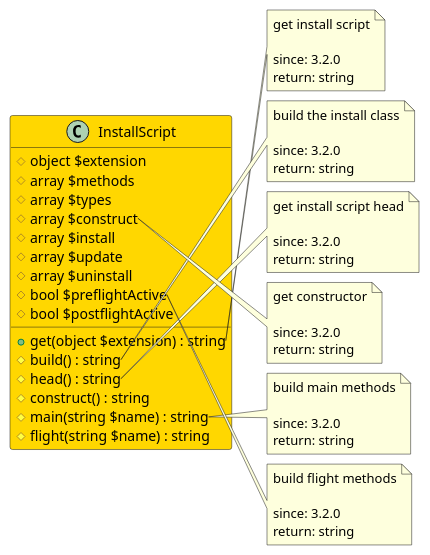
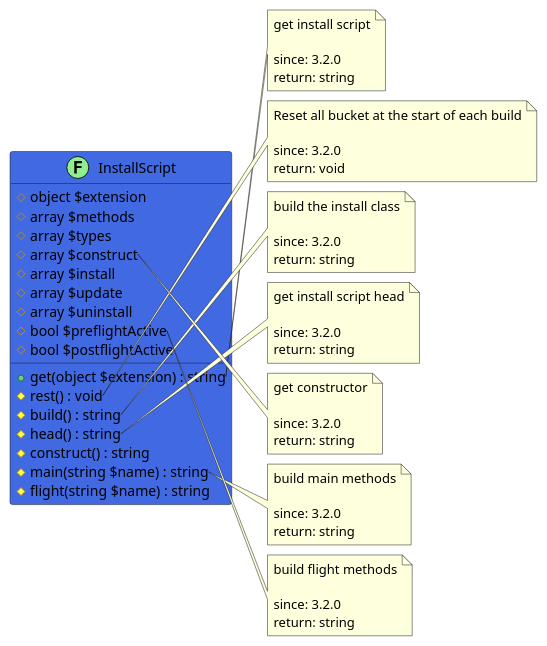
One commit to joomengine/jcb-compiler changed the diagram in src/1d929017-a5de-4e0f-9b5a-838934857e26/README.md. Above: the diagram before and after it, drawn with PlantUML. The commit also changed other lines of this file and 232 other files, not shown here.

````diff
--- a/src/1d929017-a5de-4e0f-9b5a-838934857e26/README.md
+++ b/src/1d929017-a5de-4e0f-9b5a-838934857e26/README.md
@@ -11,64 +11,72 @@
 ```uml
 @startuml
-class InstallScript  #Gold {
+class InstallScript << (F,LightGreen) >> #RoyalBlue {
   # object $extension
   # array $methods
   # array $types
   # array $construct
   # array $install
   # array $update
   # array $uninstall
   # bool $preflightActive
   # bool $postflightActive
   + get(object $extension) : string
+  # rest() : void
   # build() : string
   # head() : string
   # construct() : string
   # main(string $name) : string
   # flight(string $name) : string
 }
 
 note right of InstallScript::get
   get install script
 
   since: 3.2.0
   return: string
+end note
+
+note right of InstallScript::rest
+  Reset all bucket at the start of each build
+
+  since: 3.2.0
+  return: void
 end note
 
 note right of InstallScript::build
   build the install class
 
   since: 3.2.0
   return: string
 end note
 
 note right of InstallScript::head
   get install script head
 
   since: 3.2.0
   return: string
 end note
 
 note right of InstallScript::construct
   get constructor
 
   since: 3.2.0
   return: string
 end note
 
 note right of InstallScript::main
   build main methods
 
   since: 3.2.0
   return: string
 end note
 
 note right of InstallScript::flight
   build flight methods
 
   since: 3.2.0
   return: string
 end note
  
 @enduml
 ```
````
